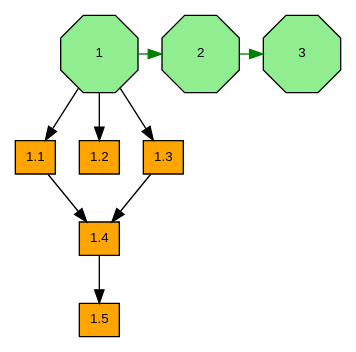
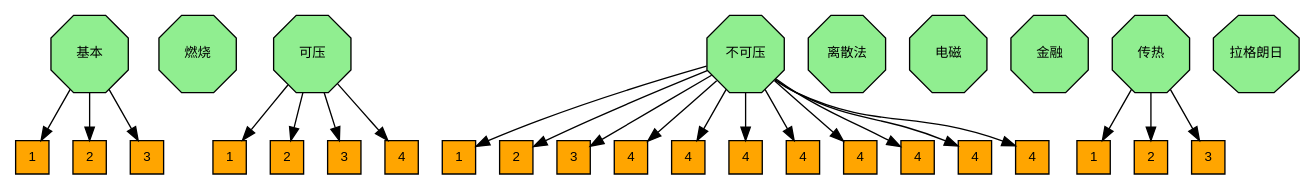
One commit to zguoch/OFTutorials changed the diagram in sphinx/figures/dot/map_Tutorials.dot. Above: the diagram before and after it, drawn with Graphviz. The commit also changed 31 other files, not shown here.

```diff
--- a/sphinx/figures/dot/map_Tutorials.dot
+++ b/sphinx/figures/dot/map_Tutorials.dot
@@ -1,39 +1,67 @@
 
   digraph G {
-      // basic 1: hello world
-      basic_1[label="1", tooltip="Hello World", fontname="Arial", fontsize=10, height=.8,width=.8,shape="octagon",style="filled", color=black,fillcolor=lightgreen,href="https://gitlab.com/gmdpapers/hydrothermalfoam/-/tree/master/cookbooks/helloworld",target="_top"];
-      basic_1_1[label="1.1", tooltip="Nonuniform fixed temperature BC",fontname="Arial", fontsize=10, height=.35,width=.35,shape="box",style="filled",fillcolor=orange, color=black,href="https://gitlab.com/gmdpapers/hydrothermalfoam/-/tree/master/cookbooks/nonUniformFixedValueBC",target="_top"];
-      basic_1_2[label="1.2", tooltip="Time-dependent permeability", fontname="Arial", fontsize=10, height=.35,width=.35,shape="box",style="filled", fillcolor=orange, color=black,href="https://gitlab.com/gmdpapers/hydrothermalfoam/-/tree/master/cookbooks/timeDependentPerm",target="_top"];
-      basic_1_3[label="1.3", tooltip="Gmsh", fontname="Arial", fontsize=10, height=.35,width=.35,shape="box",style="filled", fillcolor=orange, color=black,href="https://gitlab.com/gmdpapers/hydrothermalfoam/-/tree/master/cookbooks/gmsh",target="_top"];
-      basic_1_4[label="1.4", tooltip="3D box", fontname="Arial", fontsize=10, height=.35,width=.35,shape="box",style="filled", fillcolor=orange, color=black,href="https://gitlab.com/gmdpapers/hydrothermalfoam/-/tree/master/cookbooks/3Dbox",target="_top"];
-      basic_1_5[label="1.5", tooltip="Parallel computing", fontname="Arial", fontsize=10, height=.35,width=.35,shape="box",style="filled", fillcolor=orange, color=black,href="https://gitlab.com/gmdpapers/hydrothermalfoam/-/tree/master/cookbooks/3Dbox_par",target="_top"];
+    // 第一级分类
+      basic[label="基本", tooltip="简短介绍", fontname="Arial", fontsize=10, height=.8,width=.8,shape="octagon",style="filled", color=black,fillcolor=lightgreen,href="https://gitlab.com",target="_top"];
+      combustion[label="燃烧", tooltip="简短介绍", fontname="Arial", fontsize=10, height=.8,width=.8,shape="octagon",style="filled", color=black,fillcolor=lightgreen,href="https://gitlab.com",target="_top"];
+      compressible[label="可压", tooltip="简短介绍", fontname="Arial", fontsize=10, height=.8,width=.8,shape="octagon",style="filled", color=black,fillcolor=lightgreen,href="https://gitlab.com",target="_top"];
+      incompressible[label="不可压", tooltip="简短介绍", fontname="Arial", fontsize=10, height=.8,width=.8,shape="octagon",style="filled", color=black,fillcolor=lightgreen,href="https://gitlab.com",target="_top"];
+      discreteMethods[label="离散法", tooltip="简短介绍", fontname="Arial", fontsize=10, height=.8,width=.8,shape="octagon",style="filled", color=black,fillcolor=lightgreen,href="https://gitlab.com",target="_top"];
+      electromagnetics[label="电磁", tooltip="简短介绍", fontname="Arial", fontsize=10, height=.8,width=.8,shape="octagon",style="filled", color=black,fillcolor=lightgreen,href="https://gitlab.com",target="_top"];
+      financial[label="金融", tooltip="简短介绍", fontname="Arial", fontsize=10, height=.8,width=.8,shape="octagon",style="filled", color=black,fillcolor=lightgreen,href="https://gitlab.com",target="_top"];
+      heatTransfer[label="传热", tooltip="简短介绍", fontname="Arial", fontsize=10, height=.8,width=.8,shape="octagon",style="filled", color=black,fillcolor=lightgreen,href="https://gitlab.com",target="_top"];
+      lagrangian[label="拉格朗日", tooltip="简短介绍", fontname="Arial", fontsize=10, height=.8,width=.8,shape="octagon",style="filled", color=black,fillcolor=lightgreen,href="https://gitlab.com",target="_top"];
       
-      basic_1 ->basic_1_1;
-      basic_1 ->basic_1_2;
-      basic_1 ->basic_1_3;
-      basic_1_1 ->basic_1_4;
-      basic_1_3 ->basic_1_4;
-      basic_1_4 ->basic_1_5;
+    // basic 第二级分类
+      basic_laplacianFoam[label="1", tooltip="laplacianFoam", fontname="Arial", fontsize=10, height=.35,width=.35,shape="box",style="filled", fillcolor=orange, color=black,href="https://gitlab.com",target="_top"];
+      basic_potentialFoam[label="2", tooltip="potentialFoam", fontname="Arial", fontsize=10, height=.35,width=.35,shape="box",style="filled", fillcolor=orange, color=black,href="https://gitlab.com",target="_top"];
+      basic_scalarTransportFoam[label="3", tooltip="scalarTransportFoam", fontname="Arial", fontsize=10, height=.35,width=.35,shape="box",style="filled", fillcolor=orange, color=black,href="https://gitlab.com",target="_top"];
+      // 连接
+      basic -> basic_laplacianFoam;
+      basic -> basic_potentialFoam;
+      basic -> basic_scalarTransportFoam;
 
-      // basic 2: Pipe Model
-      basic_2[label="2", tooltip="Pipe Model", fontname="Arial", fontsize=10,  height=.8,width=.8,shape="octagon",style="filled", color=black,fillcolor=lightgreen,href="https://gitlab.com/gmdpapers/hydrothermalfoam/-/tree/master/cookbooks/pipe",target="_top"];
-      // basic_2_1[label="2.1", tooltip="Three-dimensional case 1", fontname="Arial", fontsize=10, height=.35,width=.35,shape="box",style="filled", fillcolor=orange, color=black,href="https://gitlab.com/gmdpapers/hydrothermalfoam/-/tree/master/cookbooks/pipe_3D_1",target="_top"];
-      // basic_2_2[label="2.2", tooltip="Three-dimensional case 2", fontname="Arial", fontsize=10, height=.35,width=.35,shape="box",style="filled", fillcolor=orange, color=black,href="https://gitlab.com/gmdpapers/hydrothermalfoam/-/tree/master/cookbooks/pipe_3D_2",target="_top"];
-      // basic_2 ->basic_2_1;
-      // basic_2_1 ->basic_2_2;
-      // basic_1_3 -> basic_2 [color=pink];
-      // basic_1_4 -> basic_2 [color=cyan];
-      // basic 3: single pass model
-      basic_3[label="3", tooltip="single pass model", fontname="Arial", fontsize=10,  height=.8,width=.8,shape="octagon",style="filled", color=black,fillcolor=lightgreen,href="https://gitlab.com/gmdpapers/hydrothermalfoam/-/tree/master/cookbooks/singlePass",target="_top"];
-      // basic_1_3 -> basic_3 [color=pink];
-      // basic_1_4 -> basic_3 [color=cyan];
+    // compressible 第二级分类
+      compressible_rhoCentralFoam[label="1", tooltip="rhoCentralFoam", fontname="Arial", fontsize=10, height=.35,width=.35,shape="box",style="filled", fillcolor=orange, color=black,href="https://gitlab.com",target="_top"];
+      compressible_rhoPimpleFoam[label="2", tooltip="rhoPimpleFoam", fontname="Arial", fontsize=10, height=.35,width=.35,shape="box",style="filled", fillcolor=orange, color=black,href="https://gitlab.com",target="_top"];
+      compressible_rhoPorousSimpleFoam[label="3", tooltip="rhoPorousSimpleFoam", fontname="Arial", fontsize=10, height=.35,width=.35,shape="box",style="filled", fillcolor=orange, color=black,href="https://gitlab.com",target="_top"];
+      compressible_rhoSimpleFoam[label="4", tooltip="rhoSimpleFoam", fontname="Arial", fontsize=10, height=.35,width=.35,shape="box",style="filled", fillcolor=orange, color=black,href="https://gitlab.com",target="_top"];
+      // 连接
+      compressible -> compressible_rhoCentralFoam;
+      compressible -> compressible_rhoPimpleFoam;
+      compressible -> compressible_rhoPorousSimpleFoam;
+      compressible -> compressible_rhoSimpleFoam;
 
-      // basic 4: 
-      // basic_4[label="4", tooltip="Detachment fault", fontname="Arial", fontsize=10, height=.8,width=.8,shape="octagon",style="filled", color=black,fillcolor=lightgreen,href="https://gitlab.com/gmdpapers/hydrothermalfoam/-/tree/master/cookbooks/detachmentFault",target="_top"];
-      // basic_1_3 -> basic_4 [color=pink];
-      // basic_1_4 -> basic_4 [color=cyan];
-      // connection basic models
-      basic_1 -> basic_2 -> basic_3  [color=green,constraint=false];
+    // incompressible 第二级分类
+      incompressible_SRFPimpleFoam[label="1", tooltip="rhoCentralFoam", fontname="Arial", fontsize=10, height=.35,width=.35,shape="box",style="filled", fillcolor=orange, color=black,href="https://gitlab.com",target="_top"];
+      incompressible_SRFSimpleFoam[label="2", tooltip="rhoPimpleFoam", fontname="Arial", fontsize=10, height=.35,width=.35,shape="box",style="filled", fillcolor=orange, color=black,href="https://gitlab.com",target="_top"];
+      incompressible_adjointShapeOptimizationFoam[label="3", tooltip="rhoPorousSimpleFoam", fontname="Arial", fontsize=10, height=.35,width=.35,shape="box",style="filled", fillcolor=orange, color=black,href="https://gitlab.com",target="_top"];
+      incompressible_boundaryFoam[label="4", tooltip="rhoSimpleFoam", fontname="Arial", fontsize=10, height=.35,width=.35,shape="box",style="filled", fillcolor=orange, color=black,href="https://gitlab.com",target="_top"];
+      incompressible_icoFoam[label="4", tooltip="rhoSimpleFoam", fontname="Arial", fontsize=10, height=.35,width=.35,shape="box",style="filled", fillcolor=orange, color=black,href="https://gitlab.com",target="_top"];
+      incompressible_nonNewtonianIcoFoam[label="4", tooltip="rhoSimpleFoam", fontname="Arial", fontsize=10, height=.35,width=.35,shape="box",style="filled", fillcolor=orange, color=black,href="https://gitlab.com",target="_top"];
+      incompressible_pimpleFoam[label="4", tooltip="rhoSimpleFoam", fontname="Arial", fontsize=10, height=.35,width=.35,shape="box",style="filled", fillcolor=orange, color=black,href="https://gitlab.com",target="_top"];
+      incompressible_pisoFoam[label="4", tooltip="rhoSimpleFoam", fontname="Arial", fontsize=10, height=.35,width=.35,shape="box",style="filled", fillcolor=orange, color=black,href="https://gitlab.com",target="_top"];
+      incompressible_porousSimpleFoam[label="4", tooltip="rhoSimpleFoam", fontname="Arial", fontsize=10, height=.35,width=.35,shape="box",style="filled", fillcolor=orange, color=black,href="https://gitlab.com",target="_top"];
+      incompressible_shallowWaterFoam[label="4", tooltip="rhoSimpleFoam", fontname="Arial", fontsize=10, height=.35,width=.35,shape="box",style="filled", fillcolor=orange, color=black,href="https://gitlab.com",target="_top"];
+      incompressible_simpleFoam[label="4", tooltip="rhoSimpleFoam", fontname="Arial", fontsize=10, height=.35,width=.35,shape="box",style="filled", fillcolor=orange, color=black,href="https://gitlab.com",target="_top"];
+      // 连接
+      incompressible -> incompressible_SRFPimpleFoam;
+      incompressible -> incompressible_SRFSimpleFoam;
+      incompressible -> incompressible_adjointShapeOptimizationFoam;
+      incompressible -> incompressible_boundaryFoam;
+      incompressible -> incompressible_icoFoam;
+      incompressible -> incompressible_nonNewtonianIcoFoam;
+      incompressible -> incompressible_pimpleFoam;
+      incompressible -> incompressible_pisoFoam;
+      incompressible -> incompressible_porousSimpleFoam;
+      incompressible -> incompressible_shallowWaterFoam;
+      incompressible -> incompressible_simpleFoam;
 
-      // basic_1_4 ->basic_2_1;
+    // heatTransfer 第二级分类
+      heatTransfer_buoyantPimpleFoam[label="1", tooltip="rhoCentralFoam", fontname="Arial", fontsize=10, height=.35,width=.35,shape="box",style="filled", fillcolor=orange, color=black,href="https://gitlab.com",target="_top"];
+      heatTransfer_buoyantSimpleFoam[label="2", tooltip="rhoPimpleFoam", fontname="Arial", fontsize=10, height=.35,width=.35,shape="box",style="filled", fillcolor=orange, color=black,href="https://gitlab.com",target="_top"];
+      heatTransfer_chtMultiRegionFoam[label="3", tooltip="rhoPorousSimpleFoam", fontname="Arial", fontsize=10, height=.35,width=.35,shape="box",style="filled", fillcolor=orange, color=black,href="https://gitlab.com",target="_top"];
+      // 连接
+      heatTransfer -> heatTransfer_buoyantPimpleFoam;
+      heatTransfer -> heatTransfer_buoyantSimpleFoam;
+      heatTransfer -> heatTransfer_chtMultiRegionFoam;
   }
```
